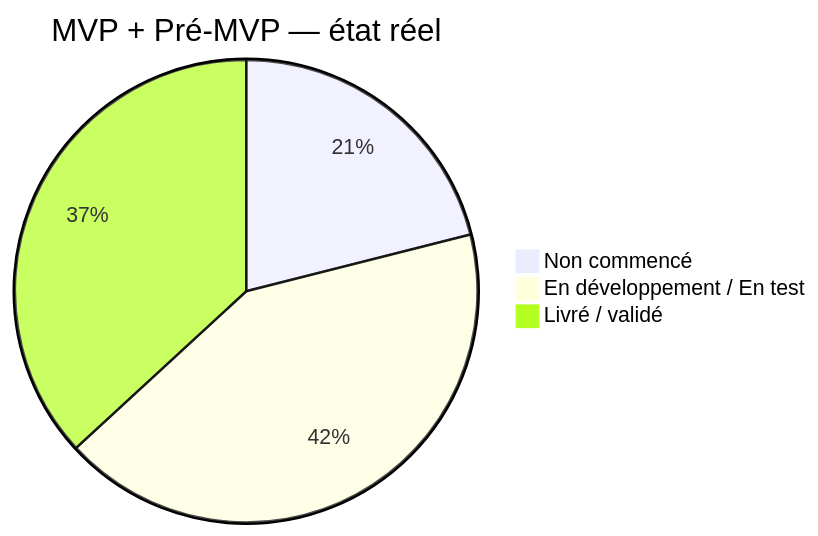
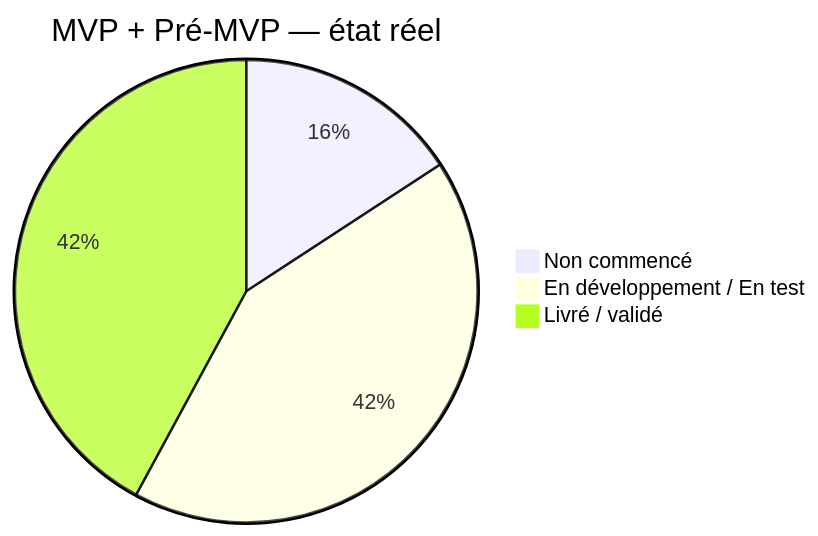
One commit to JavaChrist/Tai-Chi-AI-Coach changed the first of 5 diagrams in docs/runtime/02_FEATURE_STATUS.md. Above: the diagram before and after it, drawn with Mermaid. The commit also changed other lines of this file and 26 other files, not shown here.

````diff
--- a/docs/runtime/02_FEATURE_STATUS.md
+++ b/docs/runtime/02_FEATURE_STATUS.md
@@ -132,6 +136,6 @@
 ```mermaid
 pie title MVP + Pré-MVP — état réel
-  "Non commencé" : 4
+  "Non commencé" : 3
   "En développement / En test" : 8
-  "Livré / validé" : 7
+  "Livré / validé" : 8
 ```
````
